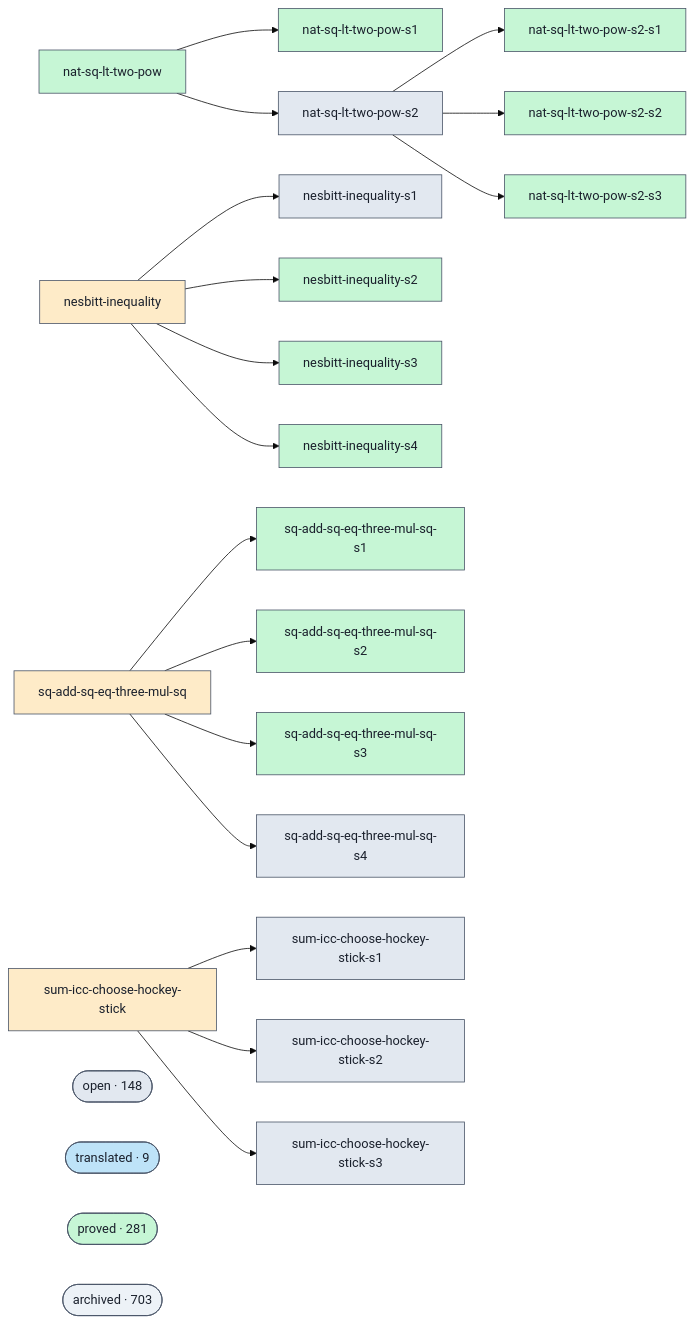
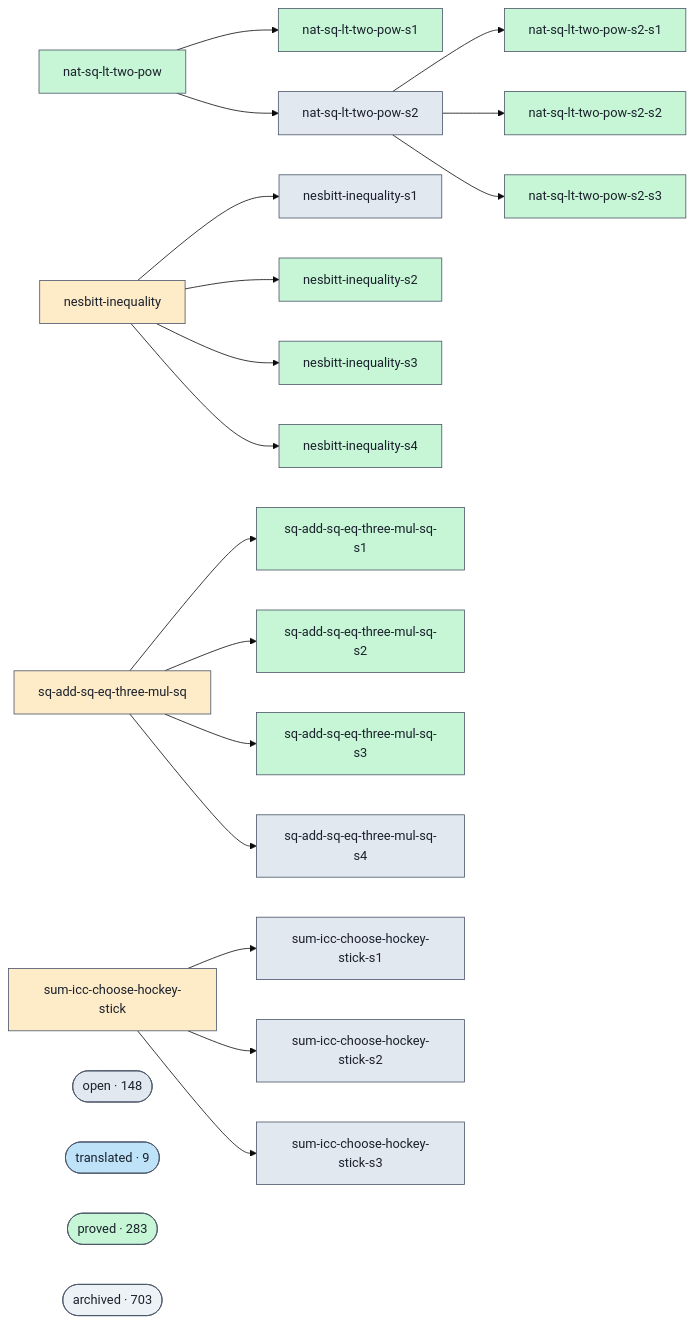
Before and after one commit to ohdearquant/unsorry: the diagram in docs/proofs-contributors-visualisation.md, drawn with Mermaid (base theme). The commit also changed other lines of this file and 2 other files, not shown here.

```diff
--- a/docs/proofs-contributors-visualisation.md
+++ b/docs/proofs-contributors-visualisation.md
@@ -102,7 +102,7 @@
   class cluster_open open;
   cluster_translated(["translated · 9"])
   class cluster_translated translated;
-  cluster_proved(["proved · 281"])
+  cluster_proved(["proved · 283"])
   class cluster_proved proved;
   cluster_archived(["archived · 703"])
   class cluster_archived unknown;
```
